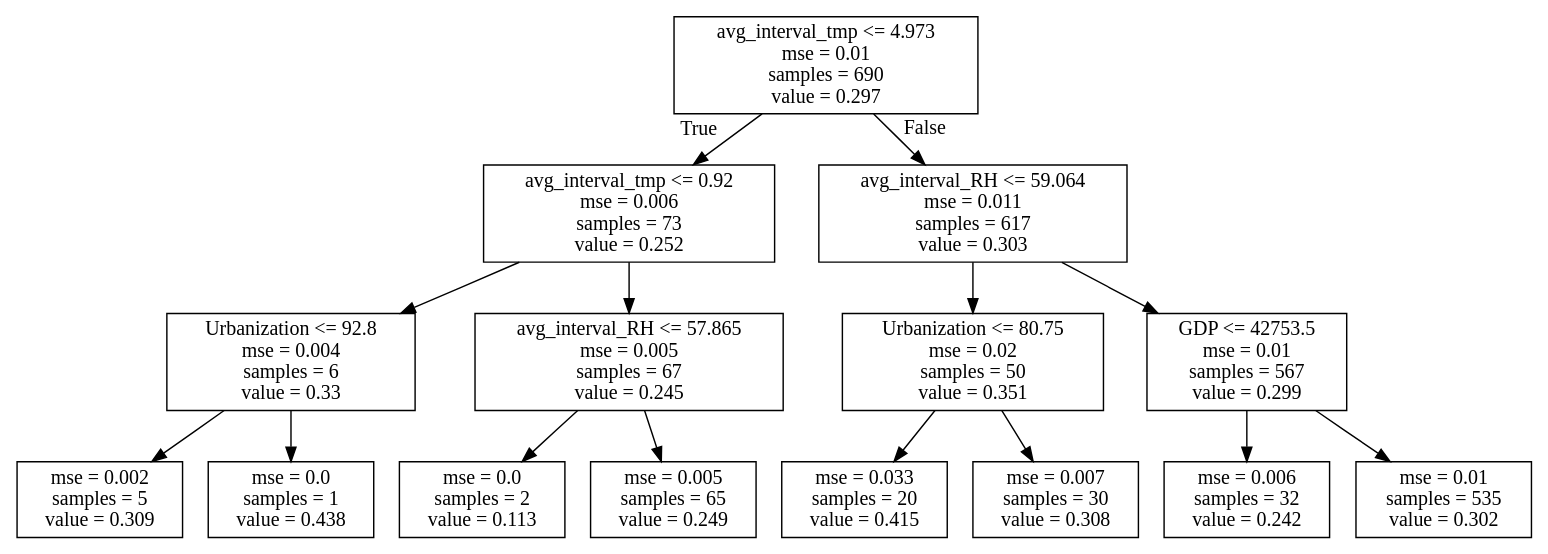
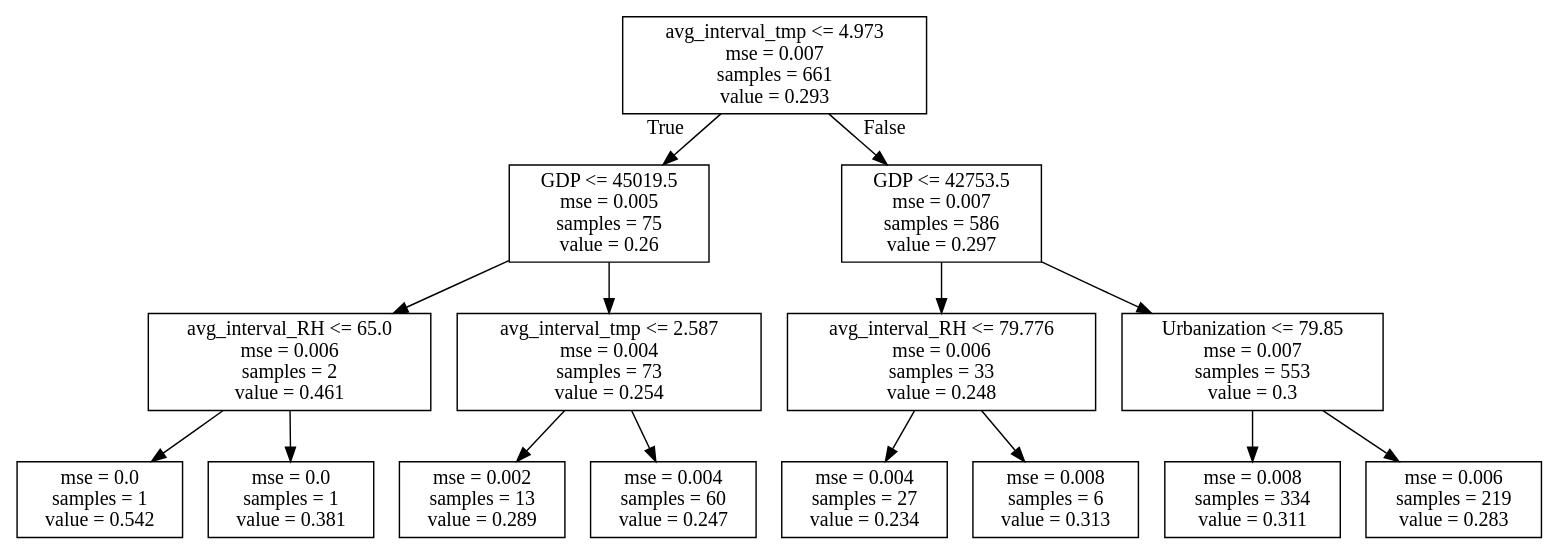
Before and after one commit to hopl1t/covid19: the diagram in products/decision_tree/decision_tree_GF_Q3_run4.dot, drawn with Graphviz. The commit also changed 21 other files, not shown here.

```diff
--- a/products/decision_tree/decision_tree_GF_Q3_run4.dot
+++ b/products/decision_tree/decision_tree_GF_Q3_run4.dot
@@ -1,32 +1,32 @@
 digraph Tree {
 node [shape=box] ;
-0 [label="avg_interval_tmp <= 4.973\nmse = 0.01\nsamples = 690\nvalue = 0.297"] ;
-1 [label="avg_interval_tmp <= 0.92\nmse = 0.006\nsamples = 73\nvalue = 0.252"] ;
+0 [label="avg_interval_tmp <= 4.973\nmse = 0.007\nsamples = 661\nvalue = 0.293"] ;
+1 [label="GDP <= 45019.5\nmse = 0.005\nsamples = 75\nvalue = 0.26"] ;
 0 -> 1 [labeldistance=2.5, labelangle=45, headlabel="True"] ;
-2 [label="Urbanization <= 92.8\nmse = 0.004\nsamples = 6\nvalue = 0.33"] ;
+2 [label="avg_interval_RH <= 65.0\nmse = 0.006\nsamples = 2\nvalue = 0.461"] ;
 1 -> 2 ;
-3 [label="mse = 0.002\nsamples = 5\nvalue = 0.309"] ;
+3 [label="mse = 0.0\nsamples = 1\nvalue = 0.542"] ;
 2 -> 3 ;
-4 [label="mse = 0.0\nsamples = 1\nvalue = 0.438"] ;
+4 [label="mse = 0.0\nsamples = 1\nvalue = 0.381"] ;
 2 -> 4 ;
-5 [label="avg_interval_RH <= 57.865\nmse = 0.005\nsamples = 67\nvalue = 0.245"] ;
+5 [label="avg_interval_tmp <= 2.587\nmse = 0.004\nsamples = 73\nvalue = 0.254"] ;
 1 -> 5 ;
-6 [label="mse = 0.0\nsamples = 2\nvalue = 0.113"] ;
+6 [label="mse = 0.002\nsamples = 13\nvalue = 0.289"] ;
 5 -> 6 ;
-7 [label="mse = 0.005\nsamples = 65\nvalue = 0.249"] ;
+7 [label="mse = 0.004\nsamples = 60\nvalue = 0.247"] ;
 5 -> 7 ;
-8 [label="avg_interval_RH <= 59.064\nmse = 0.011\nsamples = 617\nvalue = 0.303"] ;
+8 [label="GDP <= 42753.5\nmse = 0.007\nsamples = 586\nvalue = 0.297"] ;
 0 -> 8 [labeldistance=2.5, labelangle=-45, headlabel="False"] ;
-9 [label="Urbanization <= 80.75\nmse = 0.02\nsamples = 50\nvalue = 0.351"] ;
+9 [label="avg_interval_RH <= 79.776\nmse = 0.006\nsamples = 33\nvalue = 0.248"] ;
 8 -> 9 ;
-10 [label="mse = 0.033\nsamples = 20\nvalue = 0.415"] ;
+10 [label="mse = 0.004\nsamples = 27\nvalue = 0.234"] ;
 9 -> 10 ;
-11 [label="mse = 0.007\nsamples = 30\nvalue = 0.308"] ;
+11 [label="mse = 0.008\nsamples = 6\nvalue = 0.313"] ;
 9 -> 11 ;
-12 [label="GDP <= 42753.5\nmse = 0.01\nsamples = 567\nvalue = 0.299"] ;
+12 [label="Urbanization <= 79.85\nmse = 0.007\nsamples = 553\nvalue = 0.3"] ;
 8 -> 12 ;
-13 [label="mse = 0.006\nsamples = 32\nvalue = 0.242"] ;
+13 [label="mse = 0.008\nsamples = 334\nvalue = 0.311"] ;
 12 -> 13 ;
-14 [label="mse = 0.01\nsamples = 535\nvalue = 0.302"] ;
+14 [label="mse = 0.006\nsamples = 219\nvalue = 0.283"] ;
 12 -> 14 ;
 }
```
